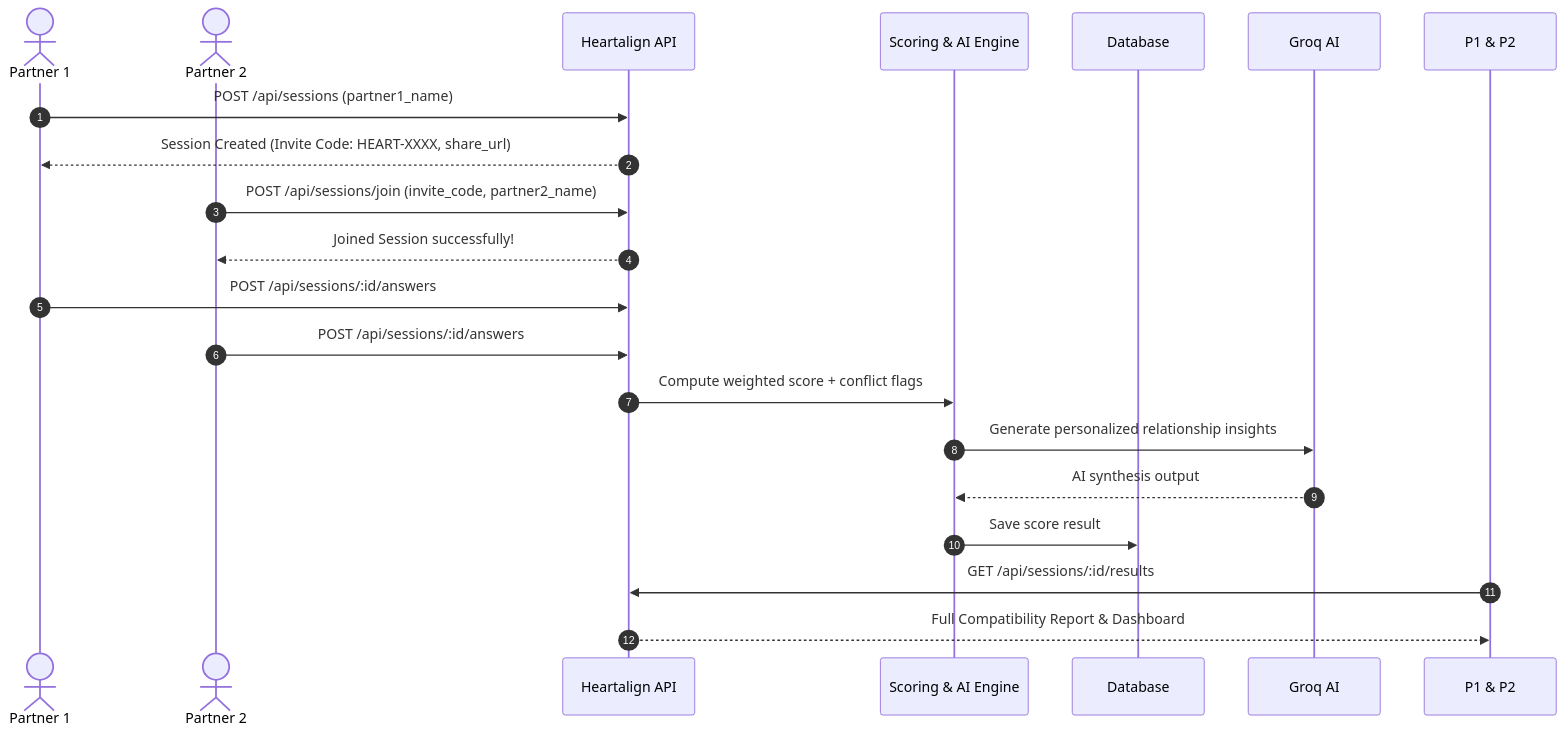
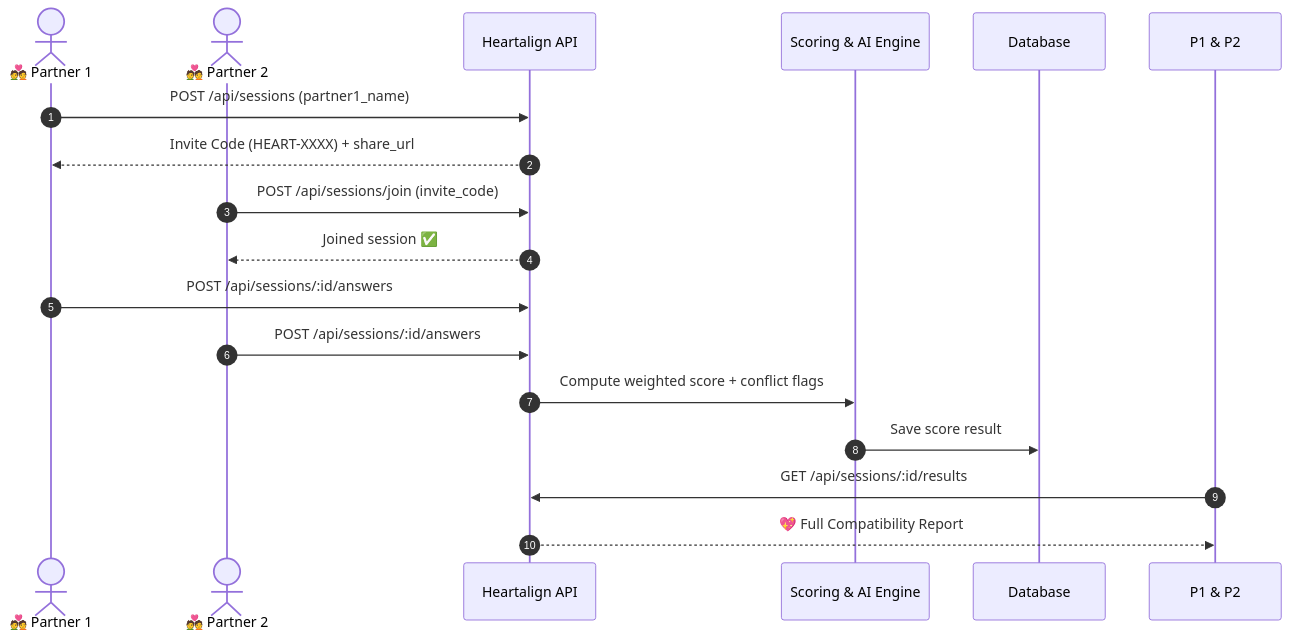
The second of 2 diagrams in README.md (varunraj-2005/Heartalign), drawn with Mermaid before and after one commit. The commit also changed other lines of this file, not shown here.

````diff
--- a/README.md
+++ b/README.md
@@ -119,22 +118,20 @@
 ```mermaid
 sequenceDiagram
     autonumber
-    actor P1 as Partner 1
-    actor P2 as Partner 2
+    actor P1 as 💑 Partner 1
+    actor P2 as 💑 Partner 2
     participant API as Heartalign API
     participant Engine as Scoring & AI Engine
     participant DB as Database
 
     P1->>API: POST /api/sessions (partner1_name)
-    API-->>P1: Session Created (Invite Code: HEART-XXXX, share_url)
-    P2->>API: POST /api/sessions/join (invite_code, partner2_name)
-    API-->>P2: Joined Session successfully!
+    API-->>P1: Invite Code (HEART-XXXX) + share_url
+    P2->>API: POST /api/sessions/join (invite_code)
+    API-->>P2: Joined session ✅
     P1->>API: POST /api/sessions/:id/answers
     P2->>API: POST /api/sessions/:id/answers
     API->>Engine: Compute weighted score + conflict flags
-    Engine->>Groq AI: Generate personalized relationship insights
-    Groq AI-->>Engine: AI synthesis output
     Engine->>DB: Save score result
     P1 & P2->>API: GET /api/sessions/:id/results
-    API-->>P1 & P2: Full Compatibility Report & Dashboard
+    API-->>P1 & P2: 💖 Full Compatibility Report
 ```
````
